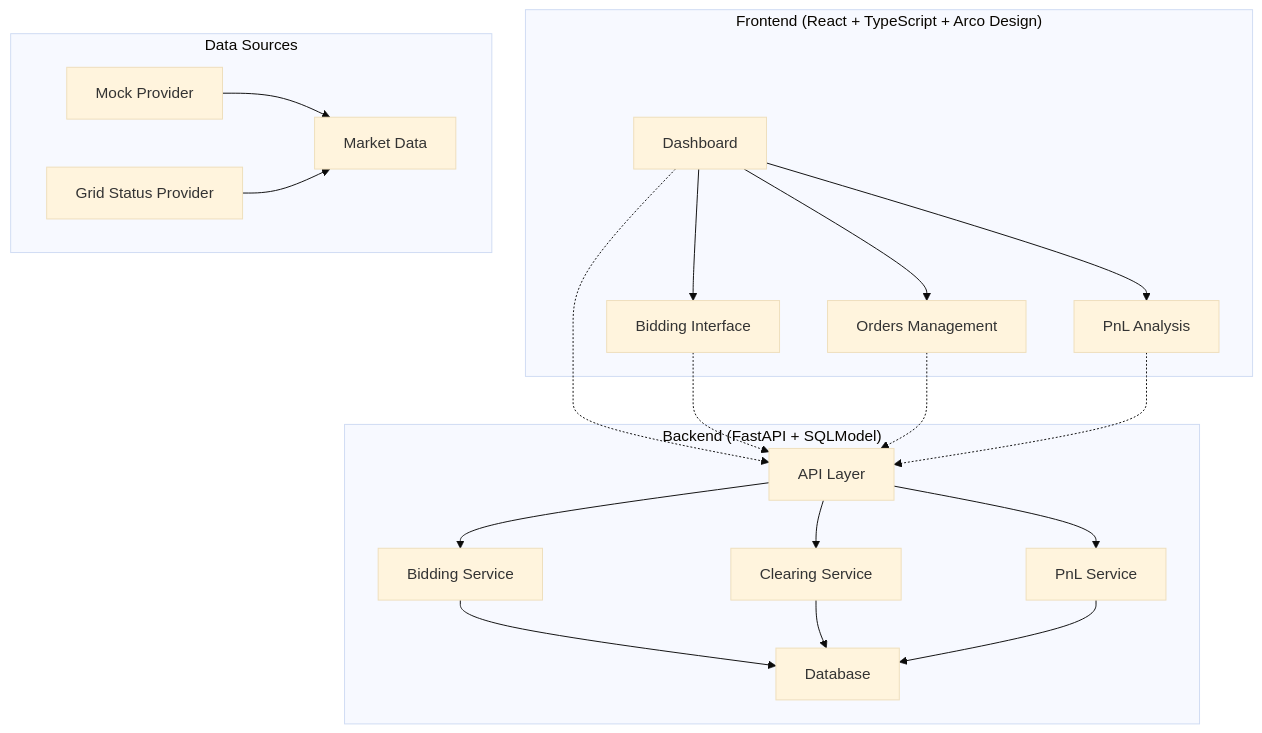
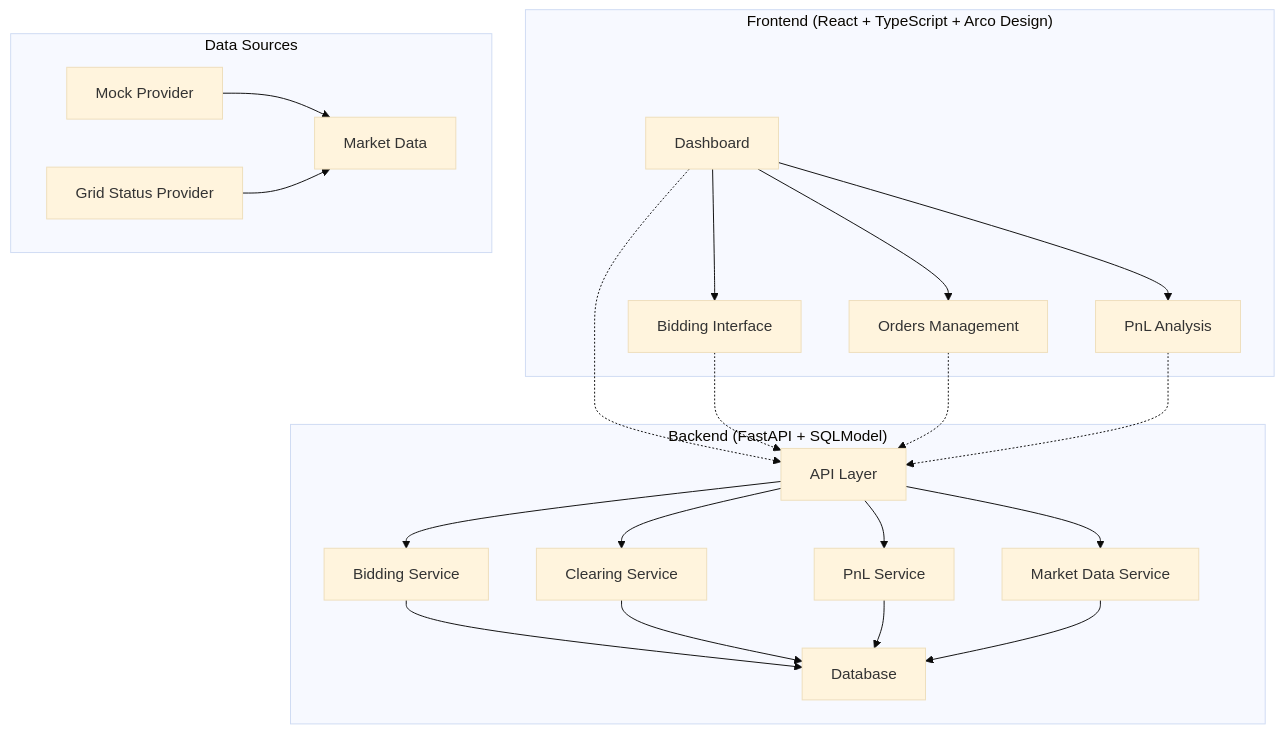
One commit to parthpanse/Virtual-Energy-Trading changed the diagram in README.md. Above: the diagram before and after it, drawn with Mermaid (base theme). The commit also changed other lines of this file and 4 other files, not shown here.

````diff
--- a/README.md
+++ b/README.md
@@ -7,27 +7,29 @@
 ```mermaid
 graph TB
     subgraph "Frontend (React + TypeScript + Arco Design)"
         A[Dashboard] --> B[Bidding Interface]
         A --> C[Orders Management]
         A --> D[PnL Analysis]
     end
     
     subgraph "Backend (FastAPI + SQLModel)"
         E[API Layer] --> F[Bidding Service]
         E --> G[Clearing Service]
         E --> H[PnL Service]
-        F --> I[Database]
-        G --> I
-        H --> I
+        E --> I[Market Data Service]
+        F --> J[Database]
+        G --> J
+        H --> J
+        I --> J
     end
     
     subgraph "Data Sources"
-        J[Mock Provider] --> K[Market Data]
-        L[Grid Status Provider] --> K
+        K[Mock Provider] --> L[Market Data]
+        M[Grid Status Provider] --> L
     end
     
     A -.-> E
     B -.-> E
     C -.-> E
     D -.-> E
 ```
````
